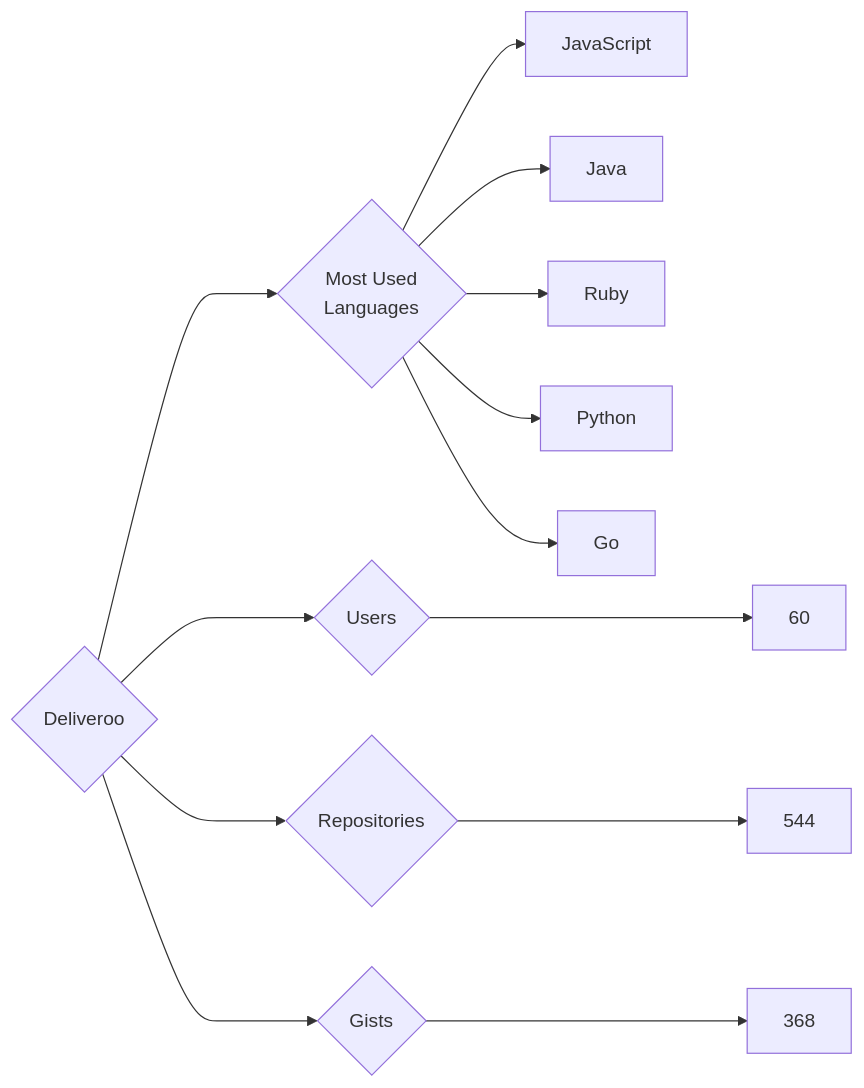
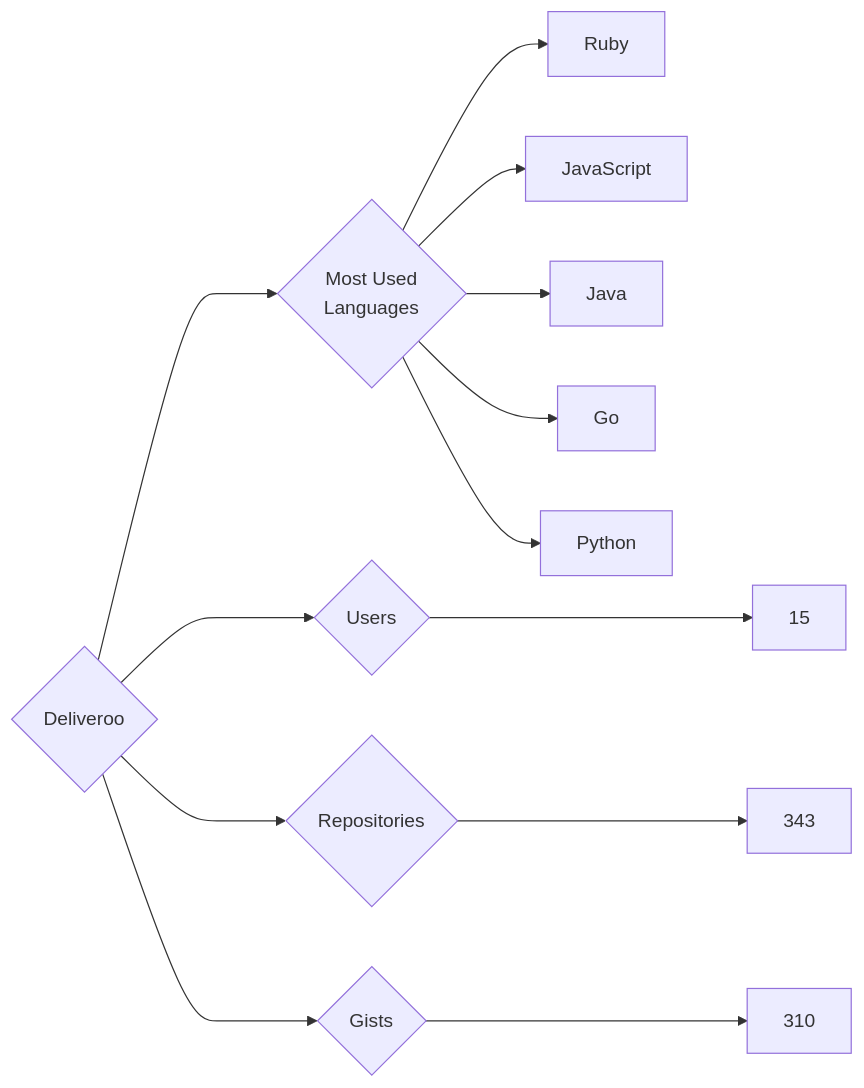
The diagram in targets/Deliveroo/README.md (trickest/insiders), drawn with Mermaid before and after one commit. The commit also changed 440 other files, not shown here.

````diff
--- a/targets/Deliveroo/README.md
+++ b/targets/Deliveroo/README.md
@@ -3,13 +3,13 @@
 ```mermaid
 graph LR
 COMPANY_NAME{Deliveroo}
-COMPANY_NAME ---> U{Users} ---> UN[60]
-COMPANY_NAME ---> R{Repositories} ---> RN[544]
-COMPANY_NAME ---> G{Gists} ---> GN[368]
+COMPANY_NAME ---> U{Users} ---> UN[15]
+COMPANY_NAME ---> R{Repositories} ---> RN[343]
+COMPANY_NAME ---> G{Gists} ---> GN[310]
 COMPANY_NAME ---> ML{Most Used<br>Languages}
+ML --> Ruby[Ruby]
 ML --> JavaScript[JavaScript]
 ML --> Java[Java]
-ML --> Ruby[Ruby]
+ML --> Go[Go]
 ML --> Python[Python]
-ML --> Go[Go]
 ```
````
